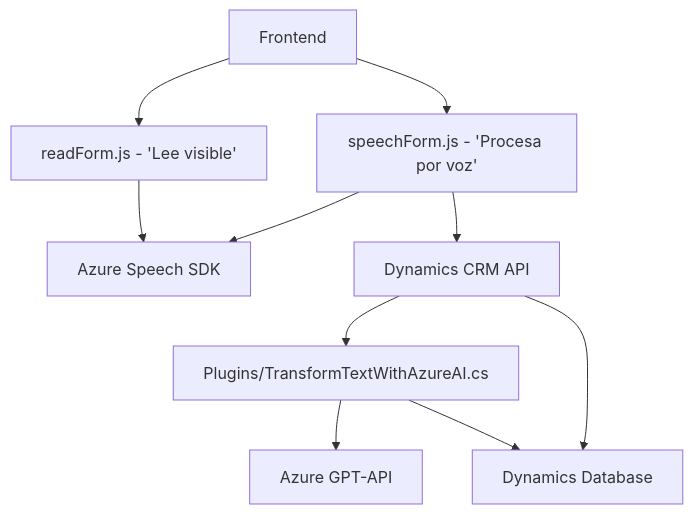
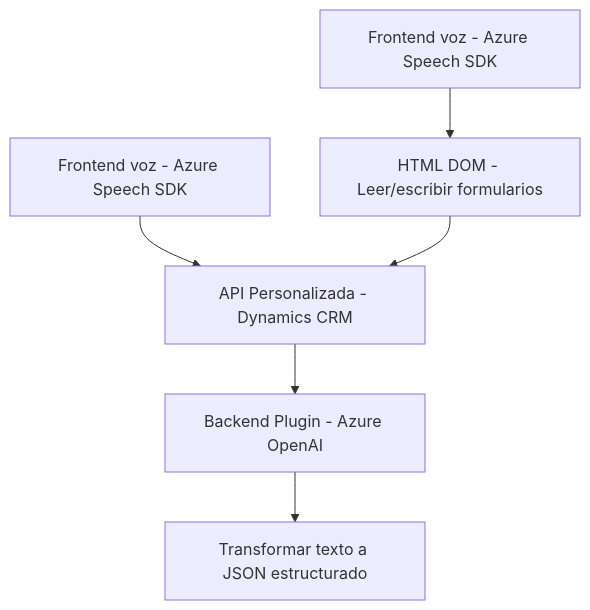
One commit to blopezdm/NETCORE_BILBAO2025 changed the diagram in README.md. Above: the diagram before and after it, drawn with Mermaid. The commit also changed other lines of this file, not shown here.

````diff
--- a/README.md
+++ b/README.md
@@ -32,12 +42,8 @@
 ```mermaid
 graph TD
-  A["Frontend"] --> B["readForm.js - 'Lee visible'"]
-  A --> C["speechForm.js - 'Procesa por voz'"]
-  B --> D["Azure Speech SDK"]
-  C --> D["Azure Speech SDK"]
-  C --> E["Dynamics CRM API"]
-  E --> F["Plugins/TransformTextWithAzureAI.cs"]
-  F --> G["Azure GPT-API"]
-  E --> H["Dynamics Database"]
-  F --> H["Dynamics Database"]
+    A["Frontend voz - Azure Speech SDK"] --> B["API Personalizada - Dynamics CRM"]
+    B["API Personalizada - Dynamics CRM"] --> C["Backend Plugin - Azure OpenAI"]
+    C["Backend Plugin - Azure OpenAI"] --> D["Transformar texto a JSON estructurado"]
+    E["Frontend voz - Azure Speech SDK"] --> F["HTML DOM - Leer/escribir formularios"]
+    F["HTML DOM - Leer/escribir formularios"] --> B
 ```
````
